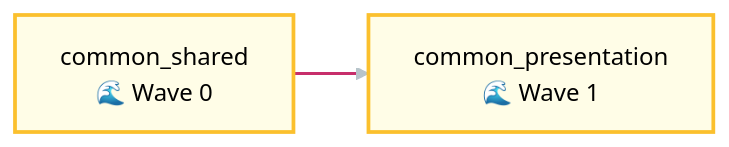
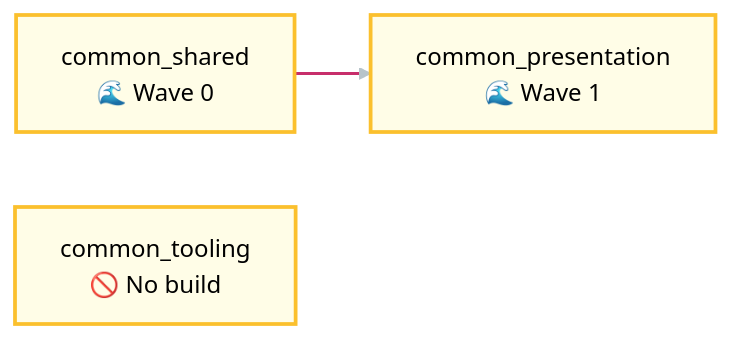
Before and after one commit to hhumbetovv/fullstack-template: the diagram in flutter/build_info/graph_layer_common.md, drawn with Mermaid. The commit also changed 30 other files, not shown here.

Commit message:
[flutter] common tooling module created for scripts and generator

````diff
--- a/flutter/build_info/graph_layer_common.md
+++ b/flutter/build_info/graph_layer_common.md
@@ -5,18 +5,21 @@
 ```mermaid
 graph LR
     common_shared["common_shared\n🌊 Wave 0"]
     common_shared:::common
     class common_shared focus;
     common_presentation["common_presentation\n🌊 Wave 1"]
     common_presentation:::common
     class common_presentation focus;
+    common_tooling["common_tooling\n🚫 No build"]
+    common_tooling:::common
+    class common_tooling focus;
 
     %% Edge styling
     linkStyle default stroke:#b0bec5,stroke-width:1,opacity:0.35
     common_shared --> common_presentation
 
     linkStyle 0 stroke:#c2185b,stroke-width:1.9,opacity:0.9
 
     classDef common fill:#fce4ec,stroke:#c2185b,stroke-width:2px,color:#000000
     classDef focus fill:#fffde7,stroke:#fbc02d,stroke-width:2.5px,color:#000000
 ```
````
